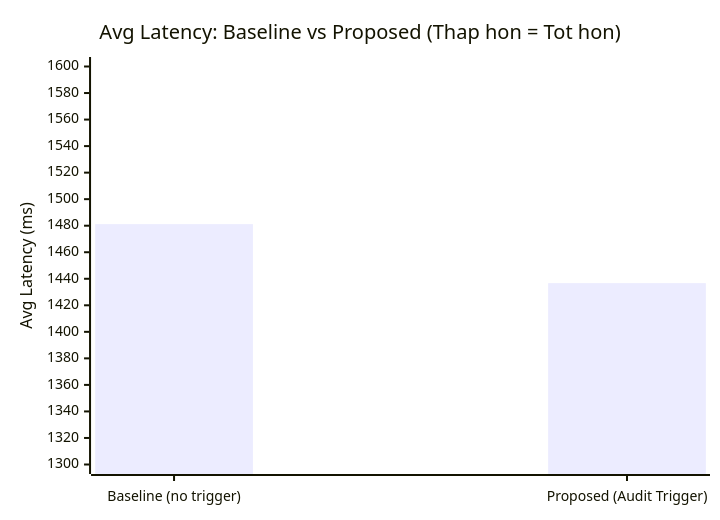
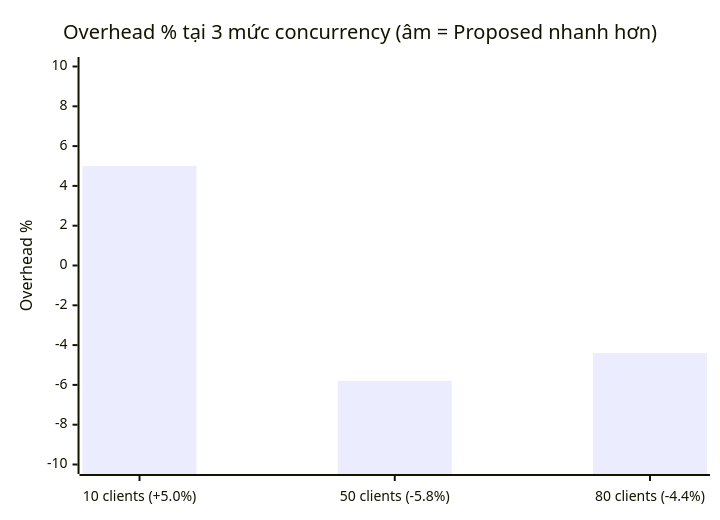
Before and after one commit to rubyhcm/csdl: the second of 10 diagrams in docs/results-summary.md, drawn with Mermaid. The commit also changed other lines of this file and 22 other files, not shown here.

````diff
--- a/docs/results-summary.md
+++ b/docs/results-summary.md
@@ -65,7 +67,7 @@
 ```mermaid
 xychart-beta
-    title "Avg Latency: Baseline vs Proposed (Thap hon = Tot hon)"
-    x-axis ["Baseline (no trigger)", "Proposed (Audit Trigger)"]
-    y-axis "Avg Latency (ms)" 1300 --> 1600
-    bar [1481.2, 1436.7]
+    title "Overhead % tại 3 mức concurrency (âm = Proposed nhanh hơn)"
+    x-axis ["10 clients (+5.0%)", "50 clients (-5.8%)", "80 clients (-4.4%)"]
+    y-axis "Overhead %" -10 --> 10
+    bar [5.0, -5.8, -4.4]
 ```
````
